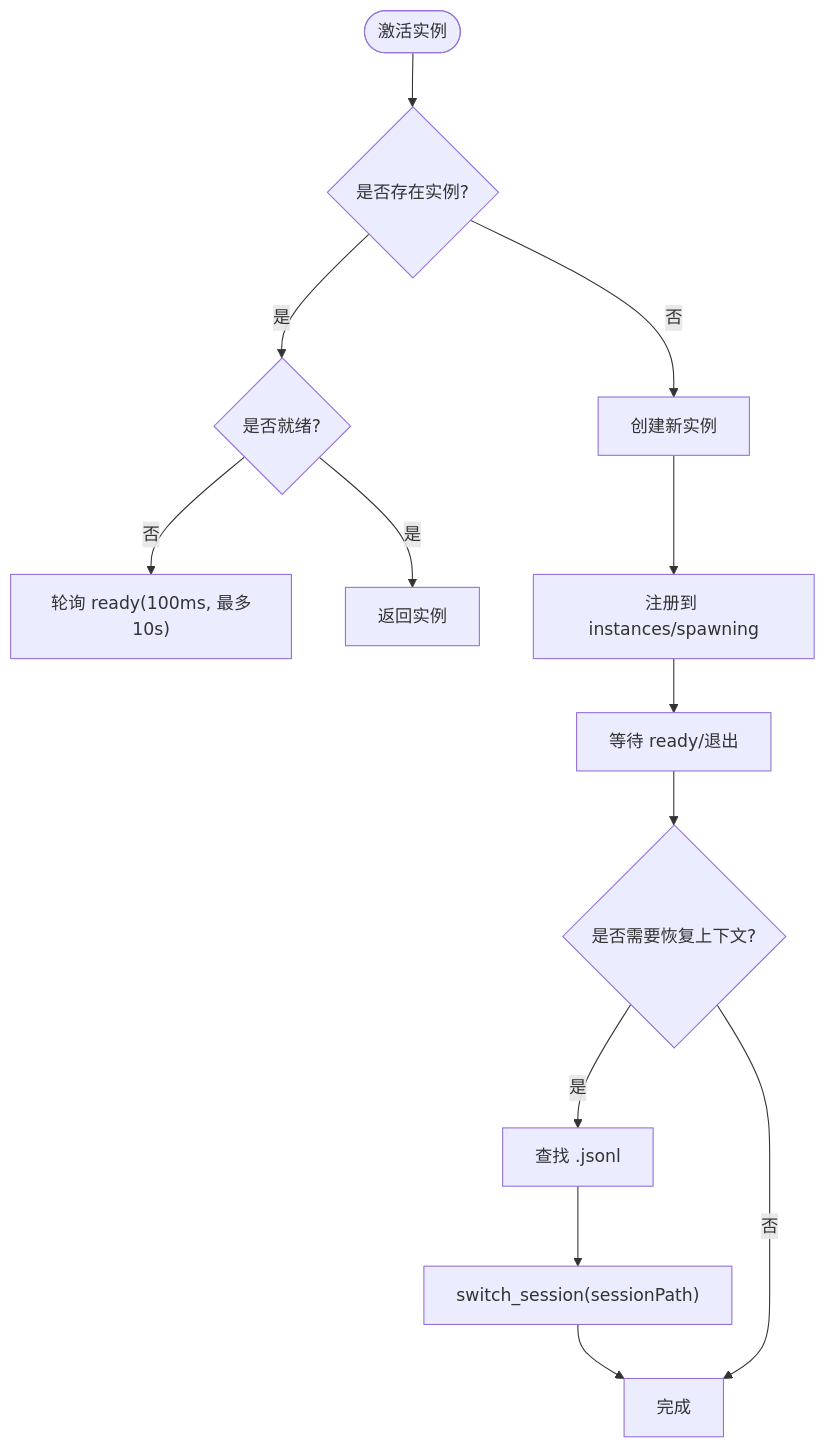
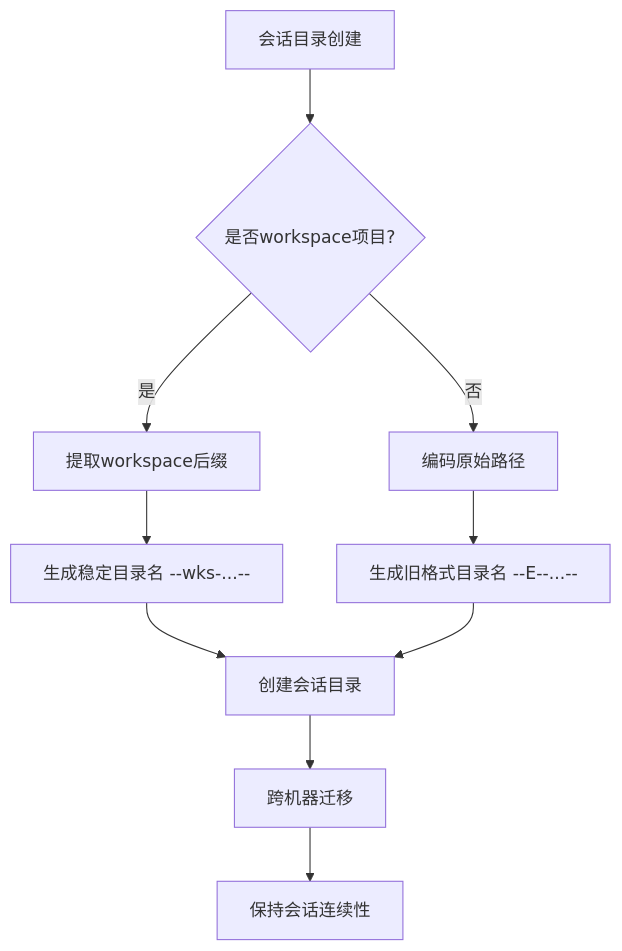
One commit to swond-Mao/Tiffa changed the third of 11 diagrams in .qoder/repowiki/zh/content/核心架构/会话管理与上下文恢复.md. Above: the diagram before and after it, drawn with Mermaid. The commit also changed other lines of this file and 25 other files, not shown here.

````diff
--- a/.qoder/repowiki/zh/content/核心架构/会话管理与上下文恢复.md
+++ b/.qoder/repowiki/zh/content/核心架构/会话管理与上下文恢复.md
@@ -185,15 +143,12 @@
 ```mermaid
 flowchart TD
-Start(["激活实例"]) --> CheckExist{"是否存在实例?"}
-CheckExist --> |是| WaitReady{"是否就绪?"}
-WaitReady --> |否| PollReady["轮询 ready(100ms, 最多10s)"]
-WaitReady --> |是| ReturnInst["返回实例"]
-CheckExist --> |否| Spawn["创建新实例"]
-Spawn --> Register["注册到 instances/spawning"]
-Register --> ReadyCheck["等待 ready/退出"]
-ReadyCheck --> ContextRestore{"是否需要恢复上下文?"}
-ContextRestore --> |是| FindJsonl["查找 .jsonl"]
-FindJsonl --> SwitchSession["switch_session(sessionPath)"]
-SwitchSession --> Done["完成"]
-ContextRestore --> |否| Done
+Start["会话目录创建"] --> CheckWorkspace{"是否workspace项目?"}
+CheckWorkspace --> |是| ExtractSuffix["提取workspace后缀"]
+ExtractSuffix --> StableName["生成稳定目录名 --wks-...--"]
+CheckWorkspace --> |否| EncodePath["编码原始路径"]
+EncodePath --> OldName["生成旧格式目录名 --E--...--"]
+StableName --> CreateDir["创建会话目录"]
+OldName --> CreateDir
+CreateDir --> CrossMachine["跨机器迁移"]
+CrossMachine --> Continuous["保持会话连续性"]
 ```
````
